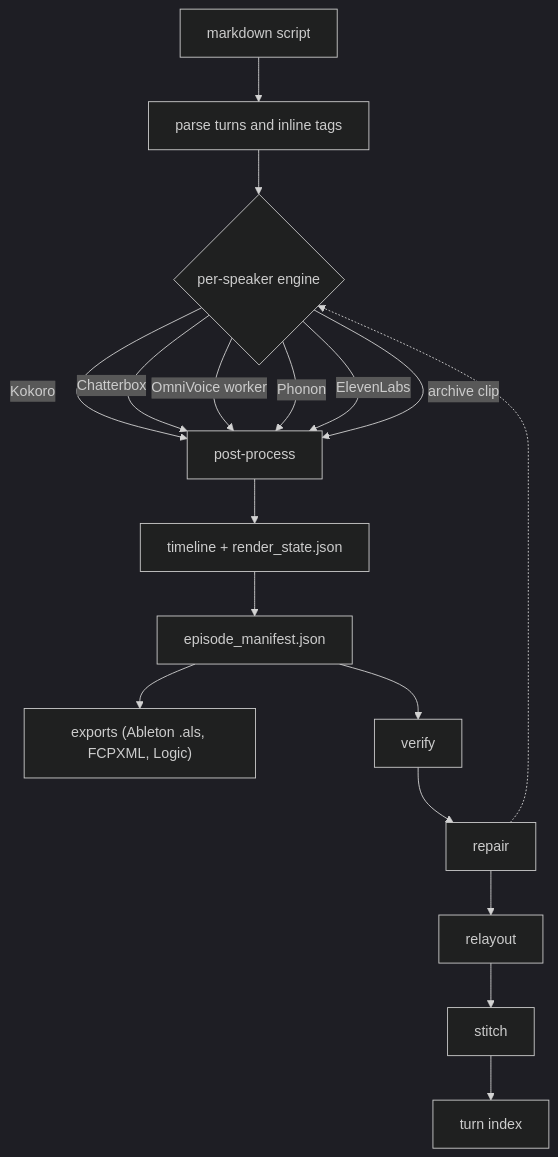
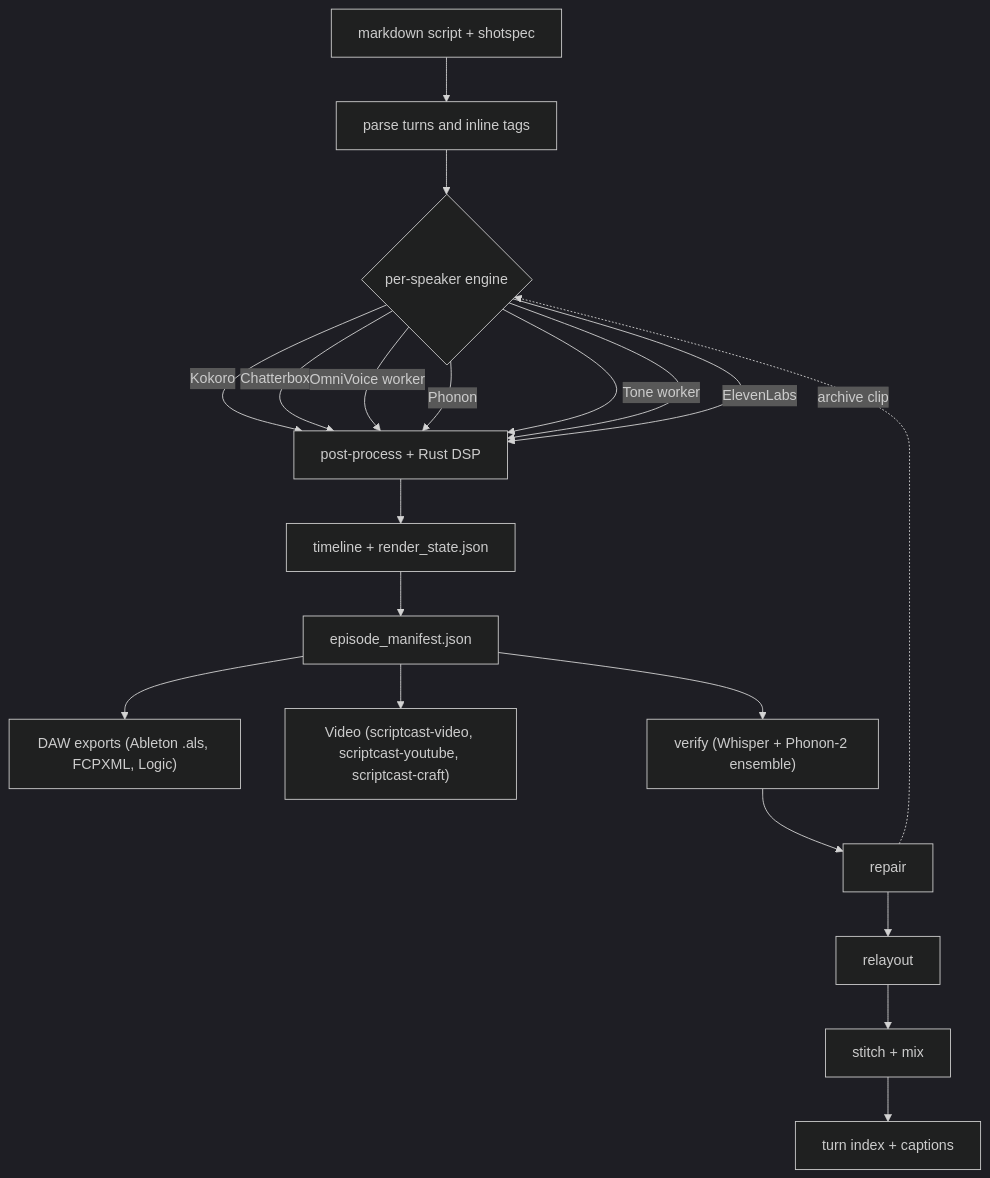
The diagram in README.md (th30d0re/scriptCast), drawn with Mermaid (dark theme) before and after one commit. The commit also changed other lines of this file and 24 other files, not shown here.

````diff
--- a/README.md
+++ b/README.md
@@ -167,20 +189,22 @@
 ```mermaid
 flowchart TD
-    A["markdown script"] --> B["parse turns and inline tags"]
+    A["markdown script + shotspec"] --> B["parse turns and inline tags"]
     B --> C{"per-speaker engine"}
-    C -->|"Kokoro"| D["post-process"]
+    C -->|"Kokoro"| D["post-process + Rust DSP"]
     C -->|"Chatterbox"| D
     C -->|"OmniVoice worker"| D
     C -->|"Phonon"| D
+    C -->|"Tone worker"| D
     C -->|"ElevenLabs"| D
     C -->|"archive clip"| D
     D --> E["timeline + render_state.json"]
     E --> F["episode_manifest.json"]
-    F --> G["exports (Ableton .als, FCPXML, Logic)"]
-    F --> H["verify"]
+    F --> G["DAW exports (Ableton .als, FCPXML, Logic)"]
+    F --> V["Video (scriptcast-video, scriptcast-youtube, scriptcast-craft)"]
+    F --> H["verify (Whisper + Phonon-2 ensemble)"]
     H --> I["repair"]
     I -.-> C
     I --> J["relayout"]
-    J --> K["stitch"]
-    K --> L["turn index"]
+    J --> K["stitch + mix"]
+    K --> L["turn index + captions"]
 ```
````
